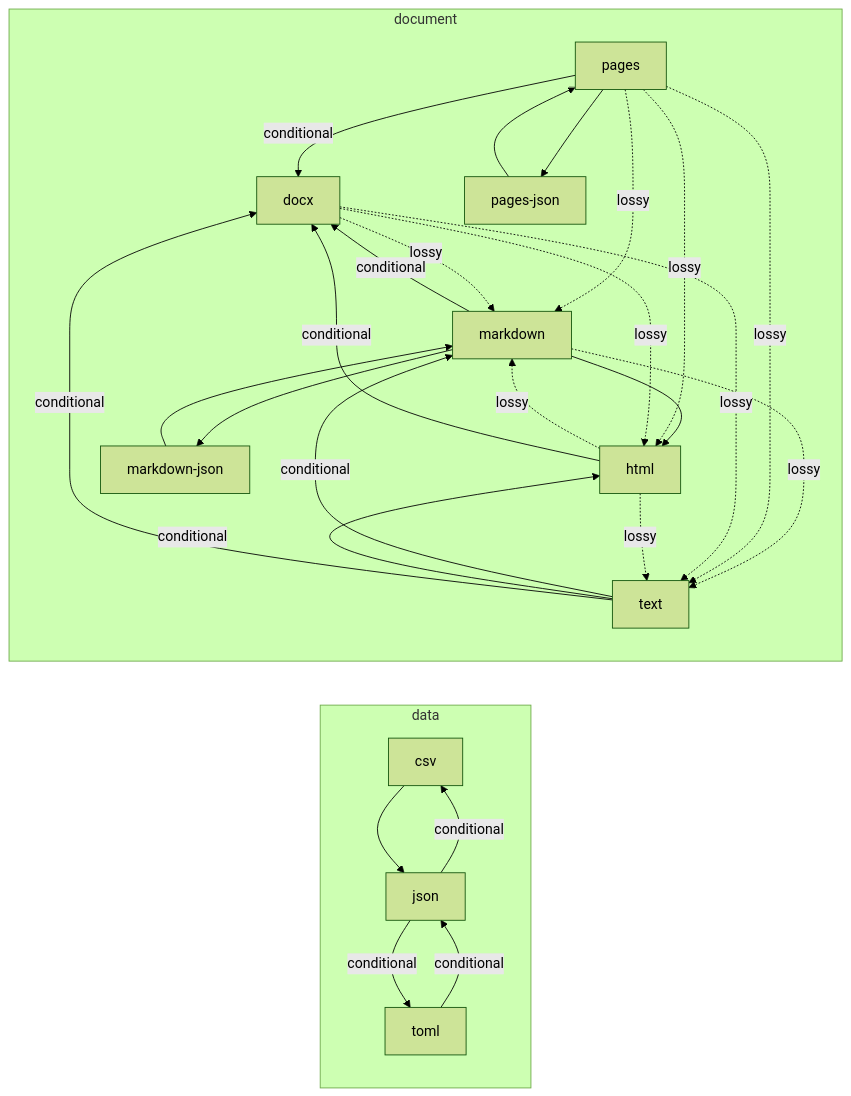
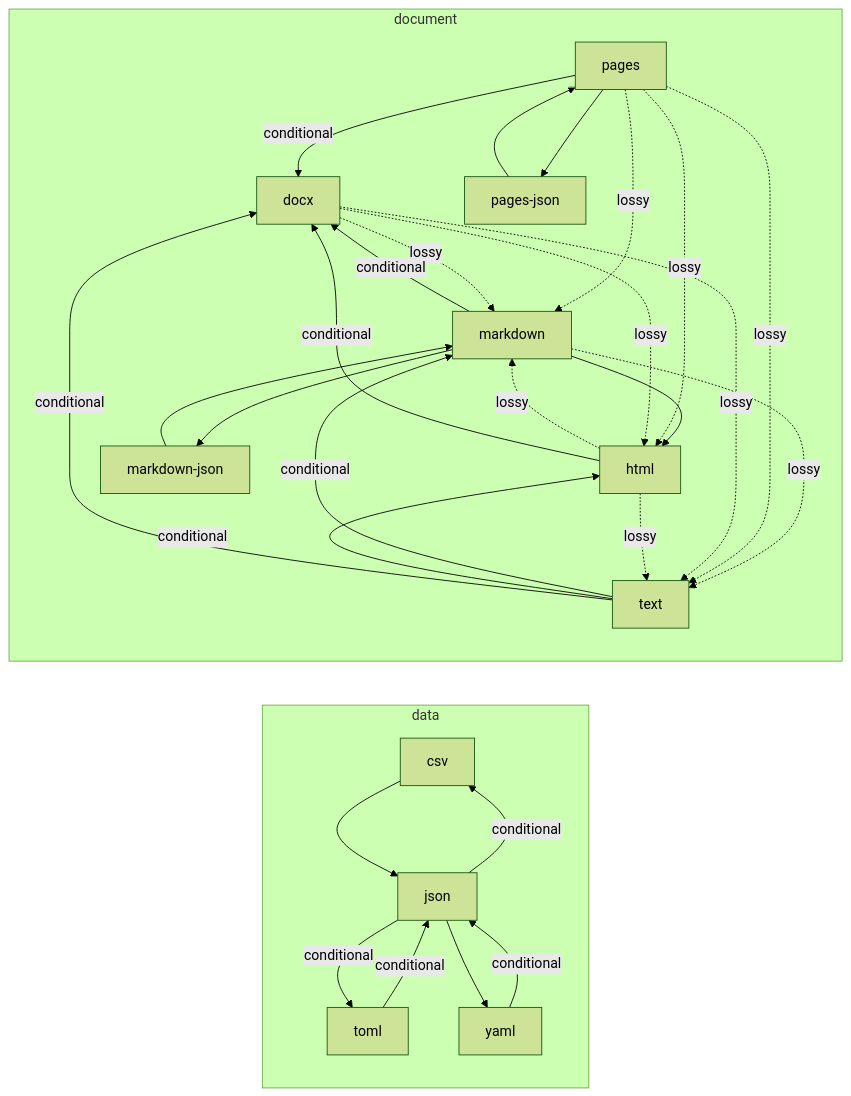
The diagram in DOCS/FORMATS.md (Chimi6/Sublime), drawn with Mermaid (forest theme) before and after one commit. The commit also changed other lines of this file and 66 other files, not shown here.

Commit message:
feat: YAML both ways through the value hub, with the yaml-json benchmark pair

````diff
--- a/DOCS/FORMATS.md
+++ b/DOCS/FORMATS.md
@@ -96,41 +105,44 @@
 ```mermaid
 graph LR
   subgraph data
     csv["csv"]
     json["json"]
     toml["toml"]
+    yaml["yaml"]
   end
   subgraph document
     docx["docx"]
     html["html"]
     markdown["markdown"]
     markdown_json["markdown-json"]
     pages["pages"]
     pages_json["pages-json"]
     text["text"]
   end
   csv --> json
   json -- conditional --> csv
   markdown --> html
   markdown -. lossy .-> text
   markdown --> markdown_json
   markdown_json --> markdown
   pages --> pages_json
   pages_json --> pages
   pages -- conditional --> docx
   pages -. lossy .-> markdown
   pages -. lossy .-> html
   pages -. lossy .-> text
   docx -. lossy .-> markdown
   docx -. lossy .-> html
   docx -. lossy .-> text
   markdown -- conditional --> docx
   html -. lossy .-> markdown
   html -. lossy .-> text
   html -- conditional --> docx
   text -- conditional --> markdown
   text -- conditional --> html
   text -- conditional --> docx
   toml -- conditional --> json
   json -- conditional --> toml
+  yaml -- conditional --> json
+  json --> yaml
 ```
````
